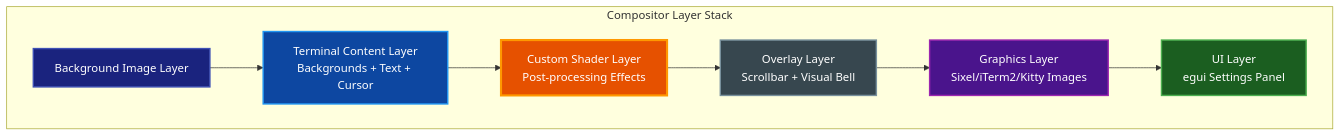
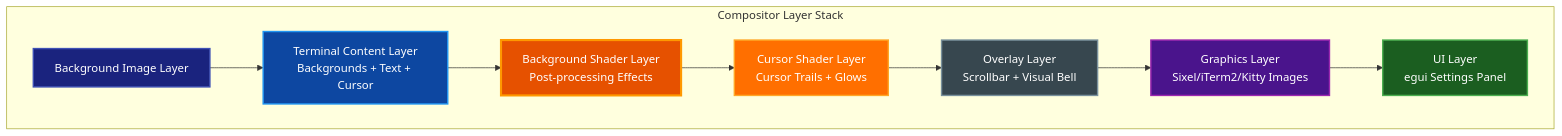
Before and after one commit to paulrobello/par-term: the first of 5 diagrams in docs/COMPOSITOR.md, drawn with Mermaid. The commit also changed other lines of this file, not shown here.

````diff
--- a/docs/COMPOSITOR.md
+++ b/docs/COMPOSITOR.md
@@ -51,24 +52,27 @@
 ```mermaid
 graph TB
     subgraph "Compositor Layer Stack"
         L0[Background Image Layer]
         L1[Terminal Content Layer<br/>Backgrounds + Text + Cursor]
-        L2[Custom Shader Layer<br/>Post-processing Effects]
-        L3[Overlay Layer<br/>Scrollbar + Visual Bell]
-        L4[Graphics Layer<br/>Sixel/iTerm2/Kitty Images]
-        L5[UI Layer<br/>egui Settings Panel]
+        L2[Background Shader Layer<br/>Post-processing Effects]
+        L3[Cursor Shader Layer<br/>Cursor Trails + Glows]
+        L4[Overlay Layer<br/>Scrollbar + Visual Bell]
+        L5[Graphics Layer<br/>Sixel/iTerm2/Kitty Images]
+        L6[UI Layer<br/>egui Settings Panel]
     end
 
     L0 --> L1
     L1 --> L2
     L2 --> L3
     L3 --> L4
     L4 --> L5
+    L5 --> L6
 
     style L0 fill:#1a237e,stroke:#3f51b5,stroke-width:2px,color:#ffffff
     style L1 fill:#0d47a1,stroke:#2196f3,stroke-width:2px,color:#ffffff
     style L2 fill:#e65100,stroke:#ff9800,stroke-width:3px,color:#ffffff
-    style L3 fill:#37474f,stroke:#78909c,stroke-width:2px,color:#ffffff
-    style L4 fill:#4a148c,stroke:#9c27b0,stroke-width:2px,color:#ffffff
-    style L5 fill:#1b5e20,stroke:#4caf50,stroke-width:2px,color:#ffffff
+    style L3 fill:#ff6f00,stroke:#ffa726,stroke-width:2px,color:#ffffff
+    style L4 fill:#37474f,stroke:#78909c,stroke-width:2px,color:#ffffff
+    style L5 fill:#4a148c,stroke:#9c27b0,stroke-width:2px,color:#ffffff
+    style L6 fill:#1b5e20,stroke:#4caf50,stroke-width:2px,color:#ffffff
 ```
````
